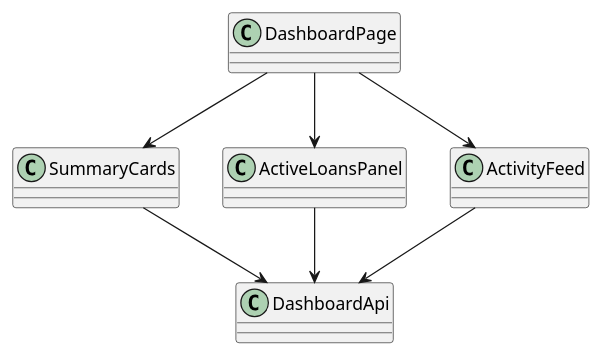
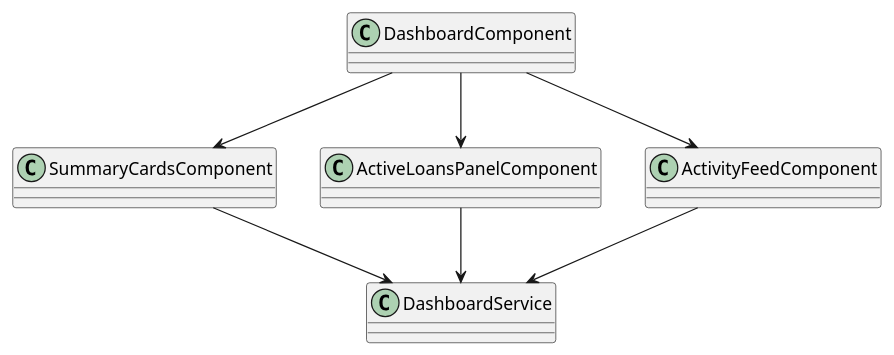
Before and after one commit to QuinntyneBrown/LendQ: the diagram in docs/detailed-designs/diagrams/plantuml/fe_class_dashboard.puml, drawn with PlantUML. The commit also changed 310 other files, not shown here.

```diff
--- a/docs/detailed-designs/diagrams/plantuml/fe_class_dashboard.puml
+++ b/docs/detailed-designs/diagrams/plantuml/fe_class_dashboard.puml
@@ -1,15 +1,15 @@
 @startuml
 skinparam classAttributeIconSize 0
-class DashboardPage
-class SummaryCards
-class ActiveLoansPanel
-class ActivityFeed
-class DashboardApi
+class DashboardComponent
+class SummaryCardsComponent
+class ActiveLoansPanelComponent
+class ActivityFeedComponent
+class DashboardService
 
-DashboardPage --> SummaryCards
-DashboardPage --> ActiveLoansPanel
-DashboardPage --> ActivityFeed
-SummaryCards --> DashboardApi
-ActiveLoansPanel --> DashboardApi
-ActivityFeed --> DashboardApi
+DashboardComponent --> SummaryCardsComponent
+DashboardComponent --> ActiveLoansPanelComponent
+DashboardComponent --> ActivityFeedComponent
+SummaryCardsComponent --> DashboardService
+ActiveLoansPanelComponent --> DashboardService
+ActivityFeedComponent --> DashboardService
 @enduml
```
